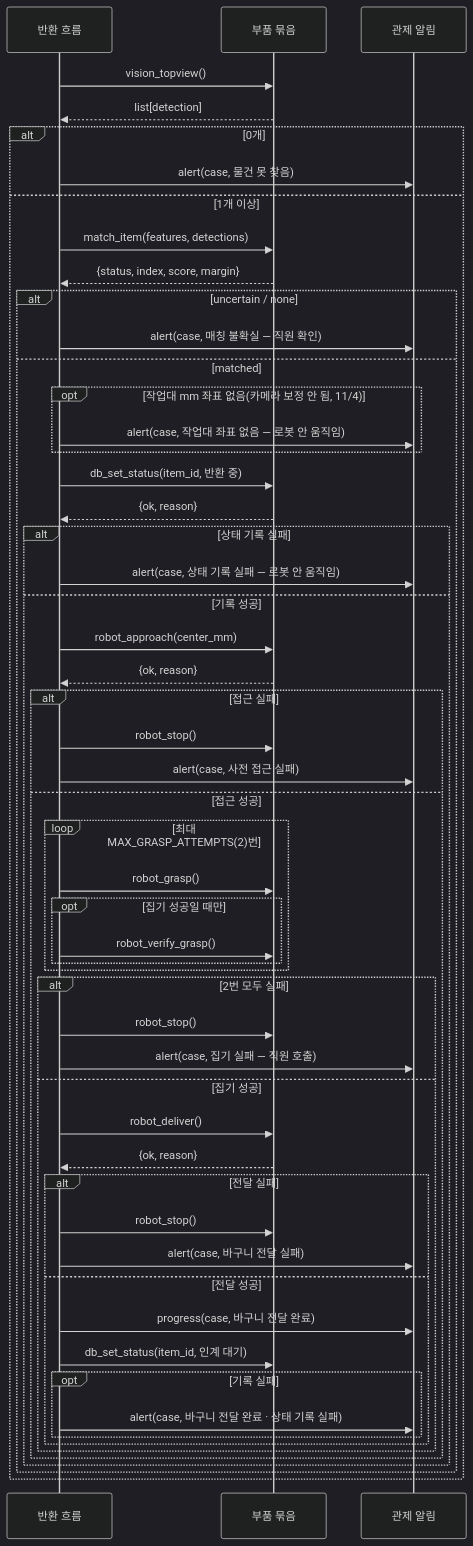
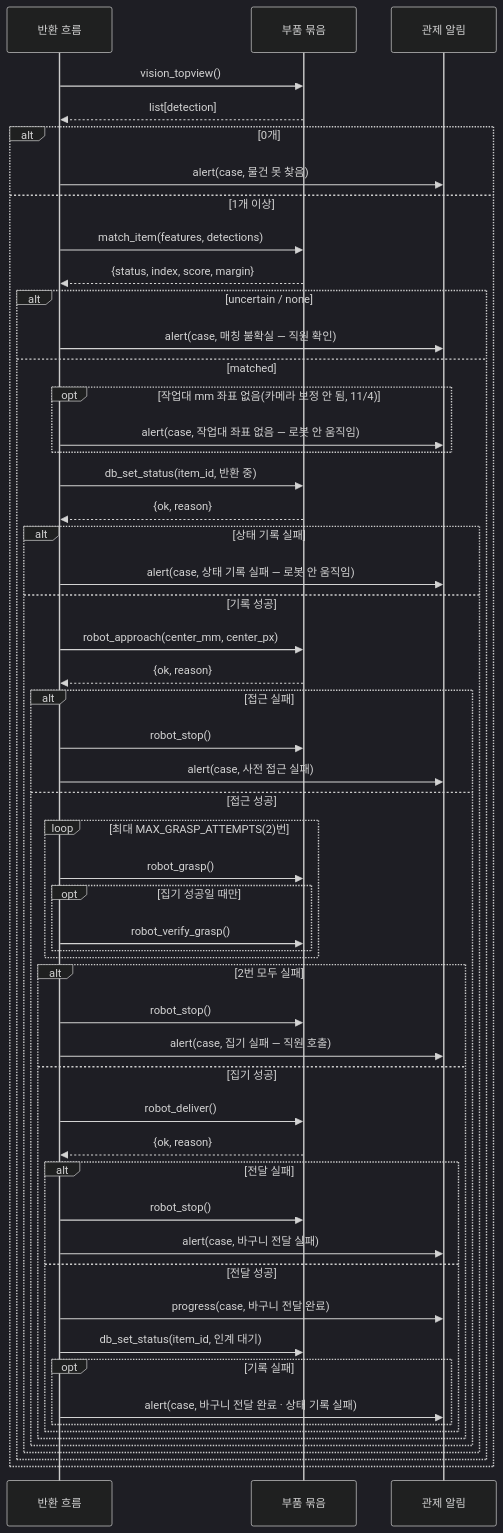
The second of 2 diagrams in docs/design/sequence.md (agentops-lostfound/ai-lostfound-tower), drawn with Mermaid (dark theme) before and after one commit. The commit also changed 8 other files, not shown here.

````diff
--- a/docs/design/sequence.md
+++ b/docs/design/sequence.md
@@ -41,57 +41,57 @@
 ```mermaid
 sequenceDiagram
   participant Sup as 반환 흐름
   participant BE as 부품 묶음
   participant Rep as 관제 알림
   Sup->>BE: vision_topview()
   BE-->>Sup: list[detection]
   alt 0개
     Sup->>Rep: alert(case, 물건 못 찾음)
   else 1개 이상
     Sup->>BE: match_item(features, detections)
     BE-->>Sup: {status, index, score, margin}
     alt uncertain / none
       Sup->>Rep: alert(case, 매칭 불확실 — 직원 확인)
     else matched
       opt 작업대 mm 좌표 없음(카메라 보정 안 됨, 11/4)
         Sup->>Rep: alert(case, 작업대 좌표 없음 — 로봇 안 움직임)
       end
       Sup->>BE: db_set_status(item_id, 반환 중)
       BE-->>Sup: {ok, reason}
       alt 상태 기록 실패
         Sup->>Rep: alert(case, 상태 기록 실패 — 로봇 안 움직임)
       else 기록 성공
-      Sup->>BE: robot_approach(center_mm)
+      Sup->>BE: robot_approach(center_mm, center_px)
       BE-->>Sup: {ok, reason}
       alt 접근 실패
         Sup->>BE: robot_stop()
         Sup->>Rep: alert(case, 사전 접근 실패)
       else 접근 성공
         loop 최대 MAX_GRASP_ATTEMPTS(2)번
           Sup->>BE: robot_grasp()
           opt 집기 성공일 때만
             Sup->>BE: robot_verify_grasp()
           end
         end
         alt 2번 모두 실패
           Sup->>BE: robot_stop()
           Sup->>Rep: alert(case, 집기 실패 — 직원 호출)
         else 집기 성공
           Sup->>BE: robot_deliver()
           BE-->>Sup: {ok, reason}
           alt 전달 실패
             Sup->>BE: robot_stop()
             Sup->>Rep: alert(case, 바구니 전달 실패)
           else 전달 성공
             Sup->>Rep: progress(case, 바구니 전달 완료)
             Sup->>BE: db_set_status(item_id, 인계 대기)
             opt 기록 실패
               Sup->>Rep: alert(case, 바구니 전달 완료 · 상태 기록 실패)
             end
           end
         end
       end
       end
     end
   end
 ```
````
